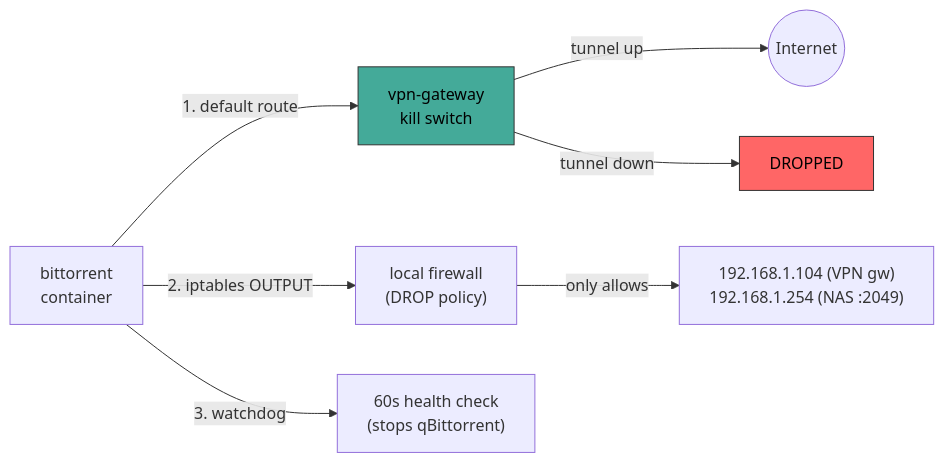
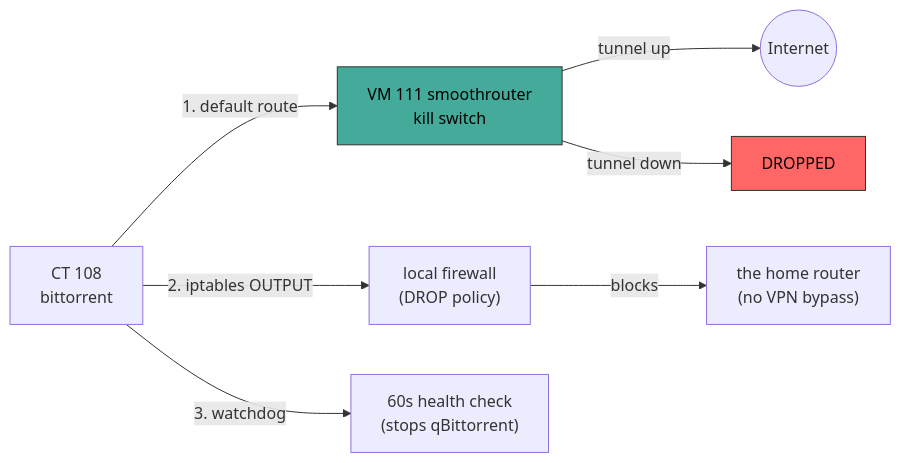
The second of 2 diagrams in homelab/diagrams.md (JBailes/infrastructure), drawn with Mermaid before and after one commit. The commit also changed other lines of this file and 68 other files, not shown here.

````diff
--- a/homelab/diagrams.md
+++ b/homelab/diagrams.md
@@ -73,14 +95,14 @@
 ```mermaid
 graph LR
-    BT["bittorrent<br/>container"] -->|"1. default route"| VPN["vpn-gateway<br/>kill switch"]
+    BT["CT 108<br/>bittorrent"] -->|"1. default route"| VPN["VM 111 smoothrouter<br/>kill switch"]
     BT -->|"2. iptables OUTPUT"| FW["local firewall<br/>(DROP policy)"]
     BT -->|"3. watchdog"| WD["60s health check<br/>(stops qBittorrent)"]
 
     VPN -->|"tunnel up"| INET((Internet))
     VPN -->|"tunnel down"| DROP["DROPPED"]
 
-    FW -->|"only allows"| ALLOWED["192.168.1.104 (VPN gw)<br/>192.168.1.254 (NAS :2049)"]
+    FW -->|"blocks"| BLOCKED["the home router<br/>(no VPN bypass)"]
 
     style DROP fill:#f66,stroke:#333,color:#000
     style VPN fill:#4a9,stroke:#333,color:#000
 ```
````
